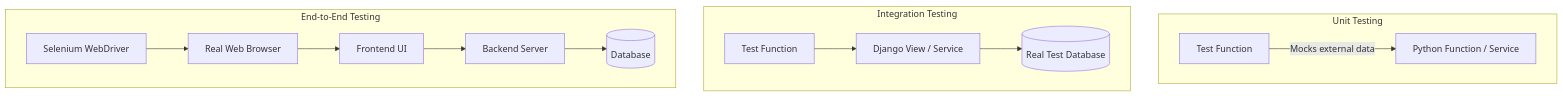
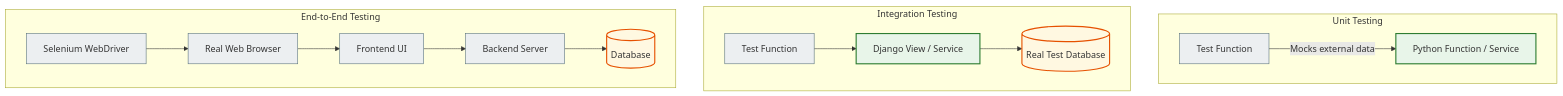
The fourth of 7 diagrams in docs/08_testing_and_quality/testing_foundations_full.md (NikoriakViktot/notes_chat_app), drawn with Mermaid before and after one commit. The commit also changed other lines of this file and 441 other files, not shown here.

First line of the commit message:
Add English version of the book, Mermaid standard, docs fixes

````diff
--- a/docs/08_testing_and_quality/testing_foundations_full.md
+++ b/docs/08_testing_and_quality/testing_foundations_full.md
@@ -1100,18 +1115,25 @@
 ```mermaid
 graph TD
     subgraph Unit Testing
     U1[Test Function] -->|Mocks external data| U2[Python Function / Service]
     end
 
     subgraph Integration Testing
     I1[Test Function] --> I2[Django View / Service]
     I2 --> I3[(Real Test Database)]
     end
 
     subgraph End-to-End Testing
     E1[Selenium WebDriver] --> E2[Real Web Browser]
     E2 --> E3[Frontend UI]
     E3 --> E4[Backend Server]
     E4 --> E5[(Database)]
     end
+
+    classDef step     fill:#eceff1,stroke:#546e7a,stroke-width:1px;
+    classDef success  fill:#e8f5e9,stroke:#2e7d32,stroke-width:2px;
+    classDef warning  fill:#fff8e1,stroke:#e65100,stroke-width:2px;
+    class U1,I1,E1,E2,E3,E4 step;
+    class U2,I2 success;
+    class I3,E5 warning;
 ```
````
